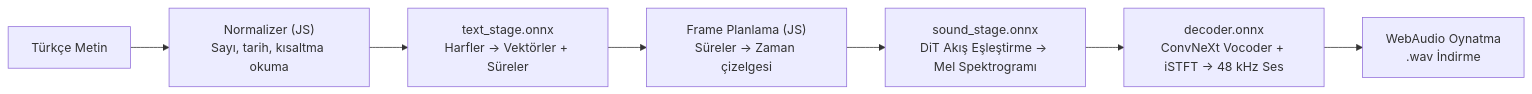
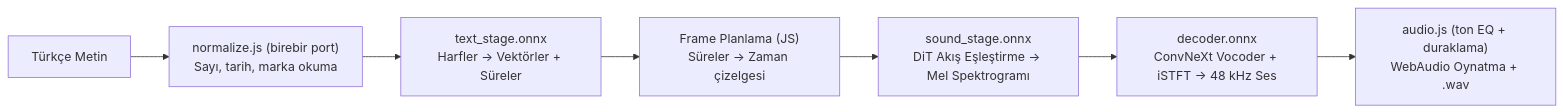
One commit to fr0stb1rd/antalia-mini-web changed the first of 2 diagrams in README.tr.md. Above: the diagram before and after it, drawn with Mermaid. The commit also changed other lines of this file and 2 other files, not shown here.

````diff
--- a/README.tr.md
+++ b/README.tr.md
@@ -29,9 +32,9 @@
 ```mermaid
 flowchart LR
-    A["Türkçe Metin"] --> B["Normalizer (JS)\nSayı, tarih, kısaltma okuma"]
+    A["Türkçe Metin"] --> B["normalize.js (birebir port)\nSayı, tarih, marka okuma"]
     B --> C["text_stage.onnx\nHarfler → Vektörler + Süreler"]
     C --> D["Frame Planlama (JS)\nSüreler → Zaman çizelgesi"]
     D --> E["sound_stage.onnx\nDiT Akış Eşleştirme → Mel Spektrogramı"]
     E --> F["decoder.onnx\nConvNeXt Vocoder + iSTFT → 48 kHz Ses"]
-    F --> G["WebAudio Oynatma\n.wav İndirme"]
+    F --> G["audio.js (ton EQ + duraklama)\nWebAudio Oynatma + .wav"]
 ```
````
